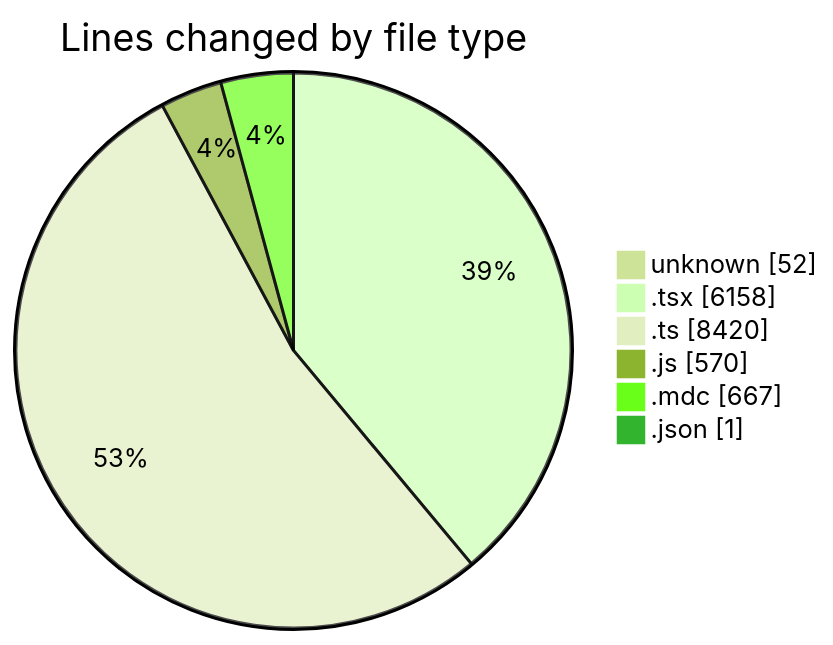
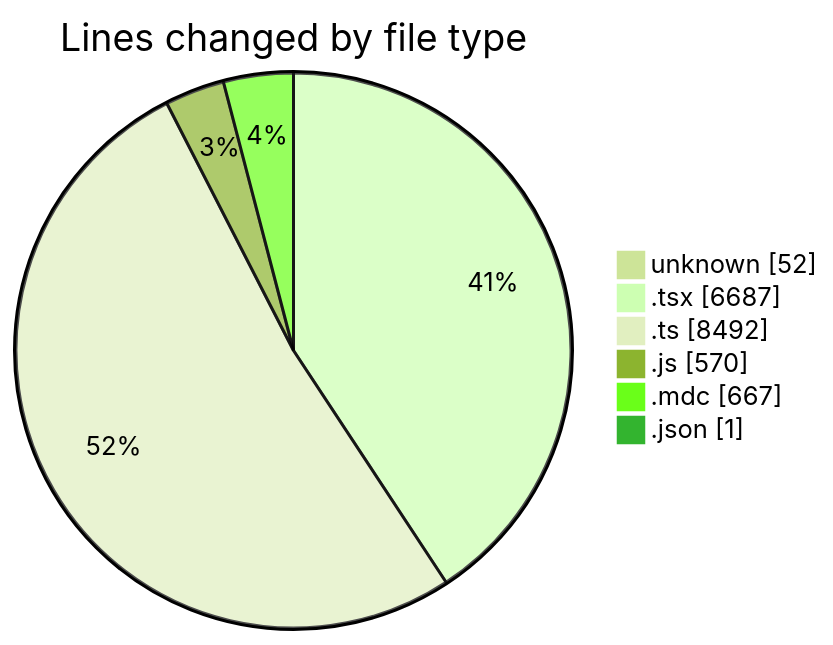
Before and after one commit to CELIANVF/code-tracking: the first of 2 diagrams in 2025-06-02/ecodeli-1/README.md, drawn with Mermaid (forest theme). The commit also changed other lines of this file and 1 other file, not shown here.

````diff
--- a/2025-06-02/ecodeli-1/README.md
+++ b/2025-06-02/ecodeli-1/README.md
@@ -74,10 +77,10 @@
 ```mermaid
 pie showData
 title Lines changed by file type
 "unknown" : 52
-".tsx" : 6158
-".ts" : 8420
+".tsx" : 6687
+".ts" : 8492
 ".js" : 570
 ".mdc" : 667
 ".json" : 1
 ```
````
